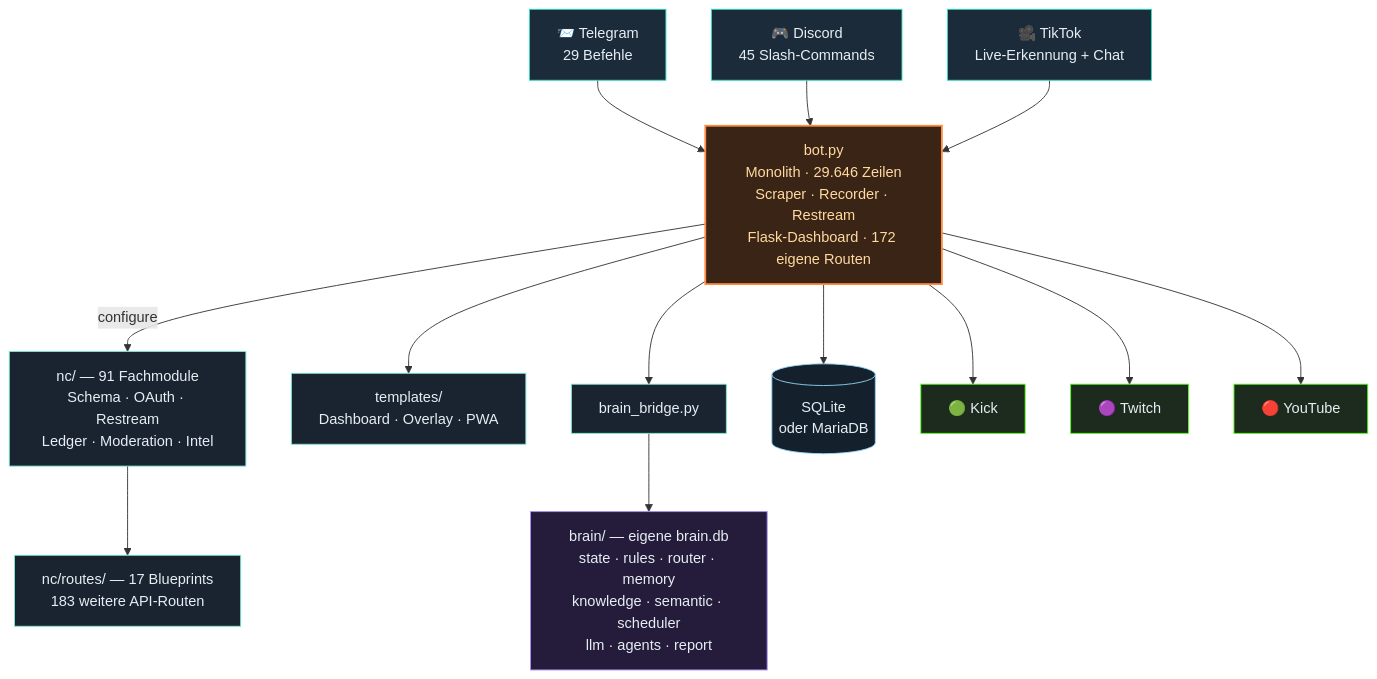
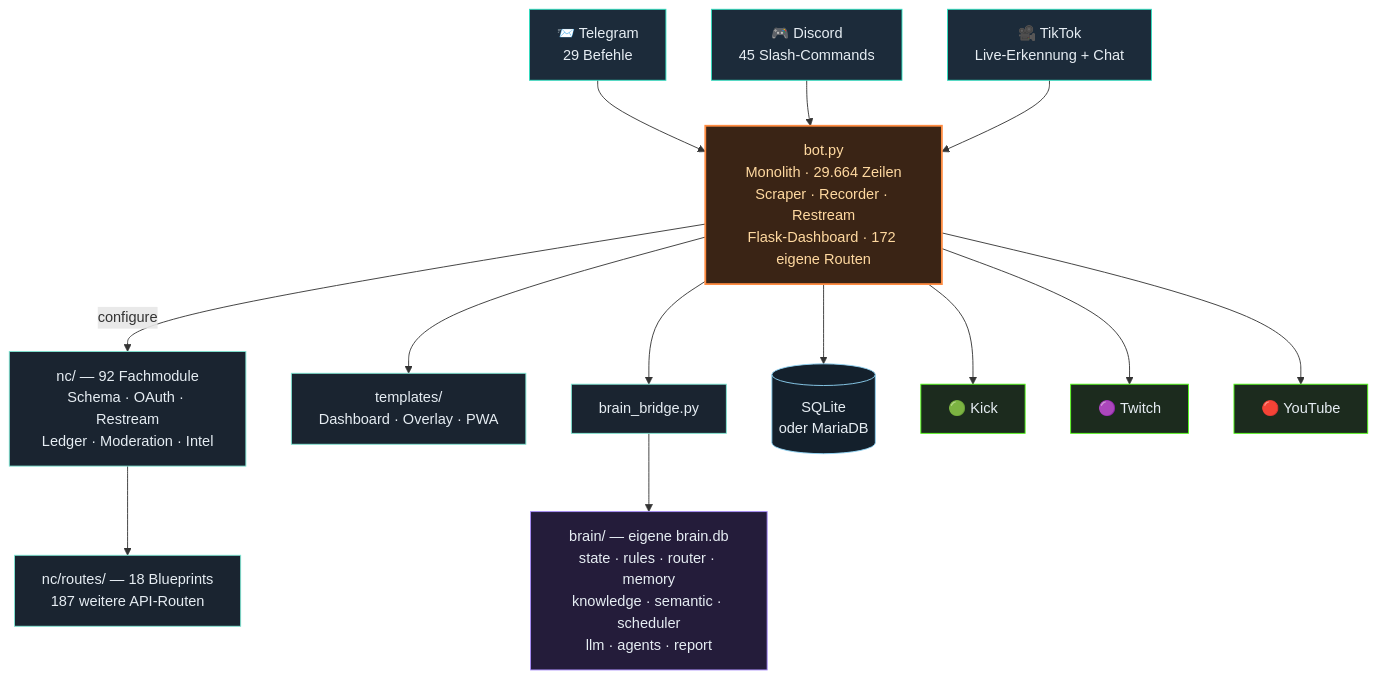
One commit to itsamemedev/Telegram-Stream-Info-Bot changed the third of 4 diagrams in README.md. Above: the diagram before and after it, drawn with Mermaid. The commit also changed other lines of this file and 12 other files, not shown here.

````diff
--- a/README.md
+++ b/README.md
@@ -187,30 +189,30 @@
 ```mermaid
 flowchart TB
     TG["📨 Telegram<br/>29 Befehle"]:::ein
     DC["🎮 Discord<br/>45 Slash-Commands"]:::ein
     TT["🎥 TikTok<br/>Live-Erkennung + Chat"]:::ein
 
     TG --> BOT
     DC --> BOT
     TT --> BOT
 
-    BOT["bot.py<br/>Monolith · 29.646 Zeilen<br/>Scraper · Recorder · Restream<br/>Flask-Dashboard · 172 eigene Routen"]:::core
+    BOT["bot.py<br/>Monolith · 29.664 Zeilen<br/>Scraper · Recorder · Restream<br/>Flask-Dashboard · 172 eigene Routen"]:::core
 
-    BOT -->|configure| NC["nc/ — 91 Fachmodule<br/>Schema · OAuth · Restream<br/>Ledger · Moderation · Intel"]:::lib
-    NC --> RT["nc/routes/ — 17 Blueprints<br/>183 weitere API-Routen"]:::lib
+    BOT -->|configure| NC["nc/ — 92 Fachmodule<br/>Schema · OAuth · Restream<br/>Ledger · Moderation · Intel"]:::lib
+    NC --> RT["nc/routes/ — 18 Blueprints<br/>187 weitere API-Routen"]:::lib
     BOT --> TPL["templates/<br/>Dashboard · Overlay · PWA"]:::lib
     BOT --> BR["brain_bridge.py"]:::lib
     BR --> BRAIN["brain/ — eigene brain.db<br/>state · rules · router · memory<br/>knowledge · semantic · scheduler<br/>llm · agents · report"]:::brain
     BOT --> DB[("SQLite<br/>oder MariaDB")]:::db
 
     BOT --> KICK["🟢 Kick"]:::out
     BOT --> TW["🟣 Twitch"]:::out
     BOT --> YT["🔴 YouTube"]:::out
 
     classDef ein fill:#1c2b3a,stroke:#2de1c2,color:#e6edf3
     classDef core fill:#3a2415,stroke:#ff8c42,stroke-width:2px,color:#ffd9a0
     classDef lib fill:#1a2430,stroke:#7fe7d4,color:#e6edf3
     classDef brain fill:#241c3a,stroke:#a78bfa,color:#e6edf3
     classDef db fill:#14202c,stroke:#8fd3f4,color:#e6edf3
     classDef out fill:#1c2b1e,stroke:#53fc18,color:#e6edf3
 ```
````
